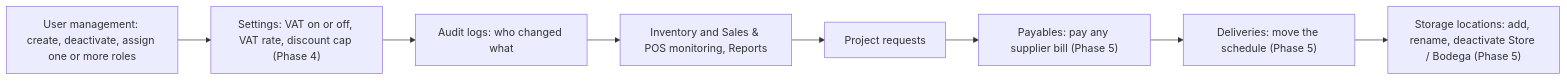
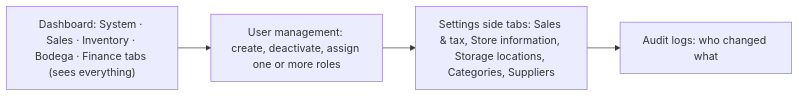
The fifth of 7 diagrams in docs/ROLE-FLOWS.md (ziminni/qb_hardwarestore), drawn with Mermaid before and after one commit. The commit also changed other lines of this file and 72 other files, not shown here.

Commit message:
feat: add bodega workflow, admin system security and database backup services

````diff
--- a/docs/ROLE-FLOWS.md
+++ b/docs/ROLE-FLOWS.md
@@ -103,10 +104,6 @@
 ```mermaid
 flowchart LR
-  U[User management: create, deactivate, assign one or more roles] --> SET["Settings: VAT on or off, VAT rate, discount cap (Phase 4)"]
+  DSH["Dashboard: System · Sales · Inventory · Bodega · Finance tabs (sees everything)"] --> U[User management: create, deactivate, assign one or more roles]
+  U --> SET["Settings side tabs: Sales & tax, Store information, Storage locations, Categories, Suppliers"]
   SET --> AUD[Audit logs: who changed what]
-  AUD --> MON[Inventory and Sales & POS monitoring, Reports]
-  MON --> PRQ[Project requests]
-  PRQ --> PAR["Payables: pay any supplier bill (Phase 5)"]
-  PAR --> DLV["Deliveries: move the schedule (Phase 5)"]
-  DLV --> SLOC["Storage locations: add, rename, deactivate Store / Bodega (Phase 5)"]
 ```
````
